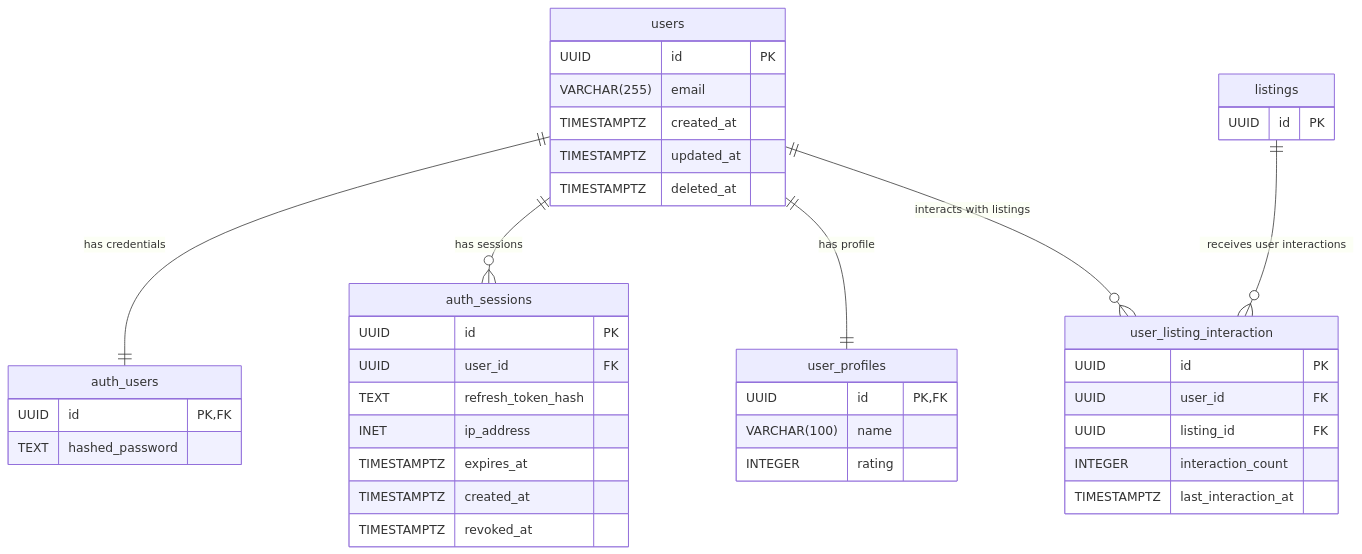
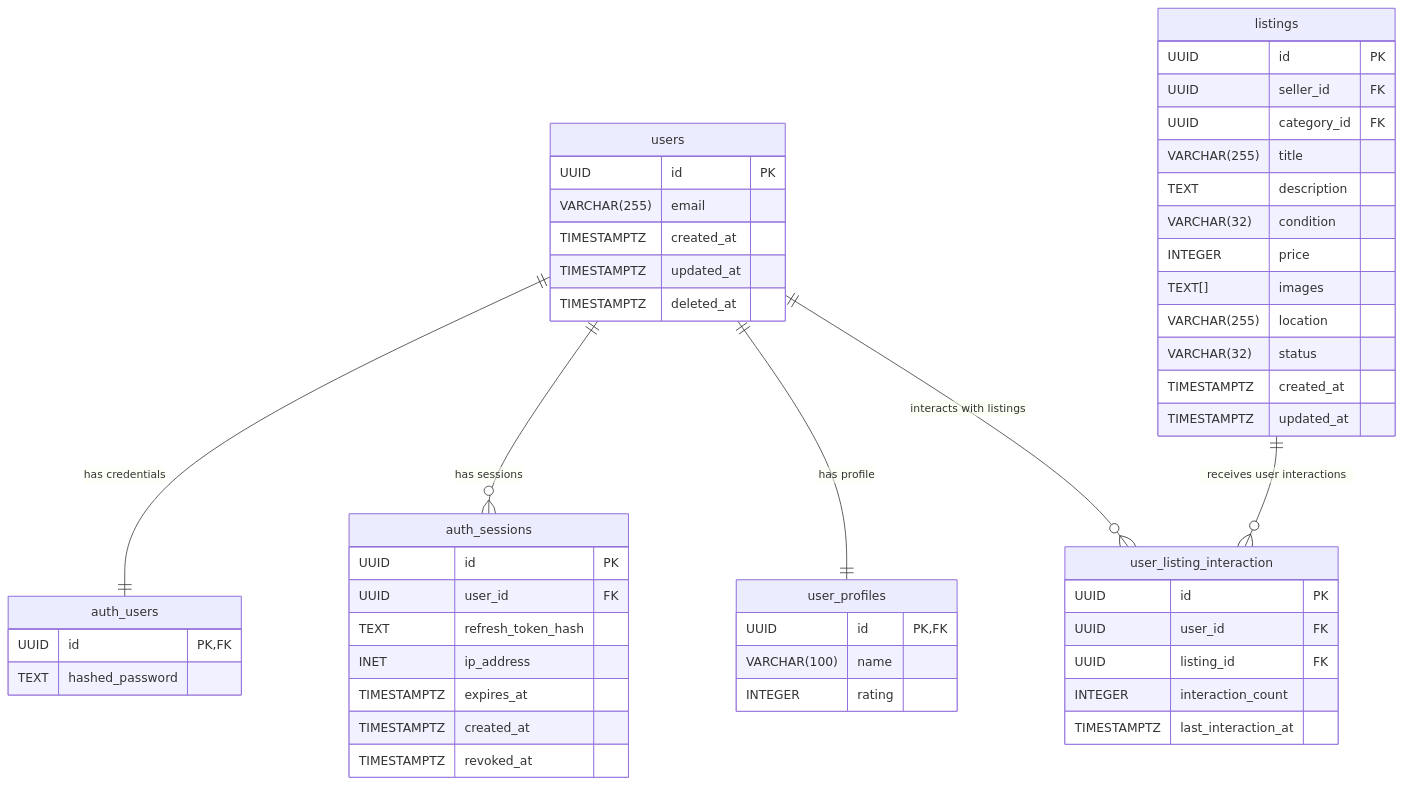
Before and after one commit to Moviles-ISIS3510-S4-G44/backend: the diagram in docs/schema/user_view.mmd, drawn with Mermaid.

Commit message:
docs: complete listings entity fields in user view diagram
Agent-Logs-Url: https://github.com/Moviles-ISIS3510-S4-G44/backend/sessions/c18b1102-5bc7-4368-8d12-6e123409043b

```diff
--- a/docs/schema/user_view.mmd
+++ b/docs/schema/user_view.mmd
@@ -1,48 +1,59 @@
 erDiagram
 
     users {
         UUID id PK
         VARCHAR(255) email
         TIMESTAMPTZ created_at
         TIMESTAMPTZ updated_at
         TIMESTAMPTZ deleted_at
     }
 
     auth_users {
         UUID id PK, FK
         TEXT hashed_password
     }
 
     auth_sessions {
         UUID id PK
         UUID user_id FK
         TEXT refresh_token_hash
         INET ip_address
         TIMESTAMPTZ expires_at
         TIMESTAMPTZ created_at
         TIMESTAMPTZ revoked_at
     }
 
     user_profiles {
         UUID id PK, FK
         VARCHAR(100) name
         INTEGER rating
     }
 
     listings {
         UUID id PK
+        UUID seller_id FK
+        UUID category_id FK
+        VARCHAR(255) title
+        TEXT description
+        VARCHAR(32) condition
+        INTEGER price
+        TEXT[] images
+        VARCHAR(255) location
+        VARCHAR(32) status
+        TIMESTAMPTZ created_at
+        TIMESTAMPTZ updated_at
     }
 
     user_listing_interaction {
         UUID id PK
         UUID user_id FK
         UUID listing_id FK
         INTEGER interaction_count
         TIMESTAMPTZ last_interaction_at
     }
 
     users ||--|| auth_users : "has credentials"
     users ||--o{ auth_sessions : "has sessions"
     users ||--|| user_profiles : "has profile"
     users ||--o{ user_listing_interaction : "interacts with listings"
     listings ||--o{ user_listing_interaction : "receives user interactions"
```
